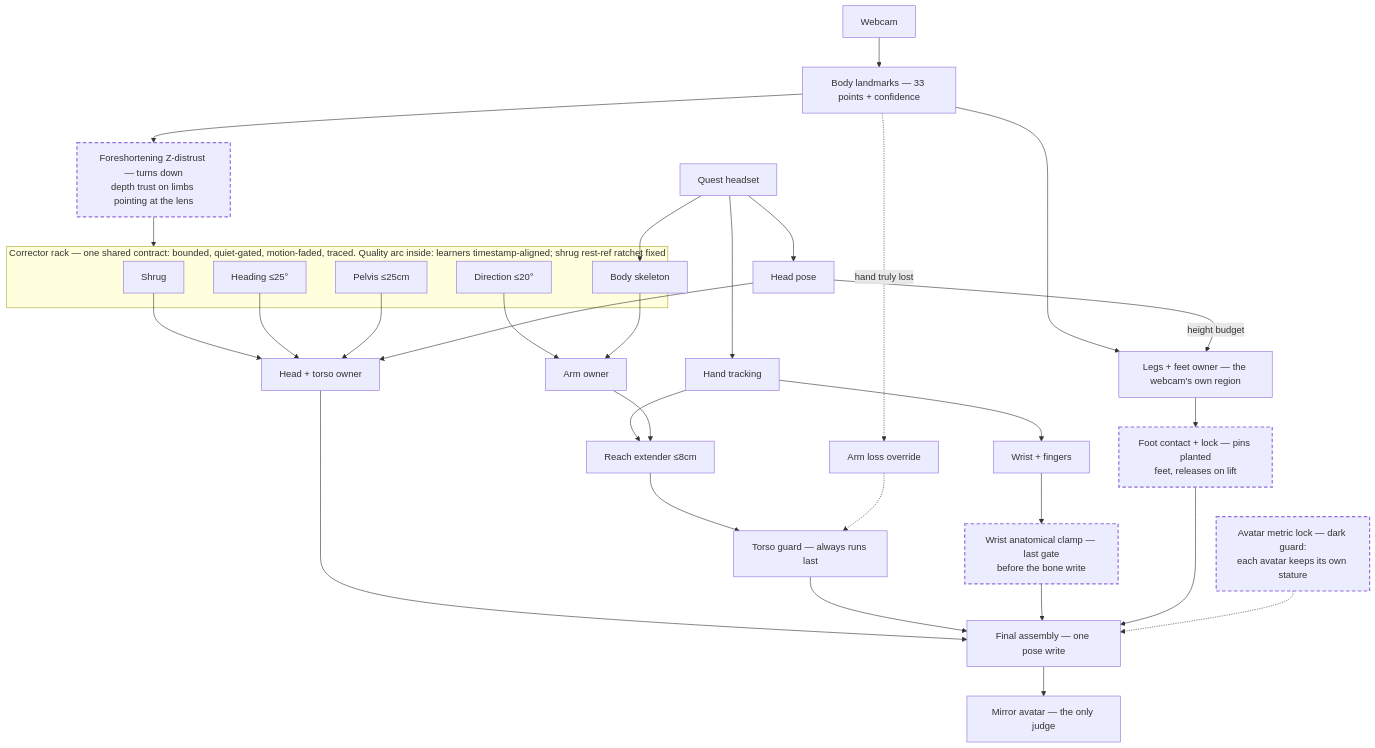
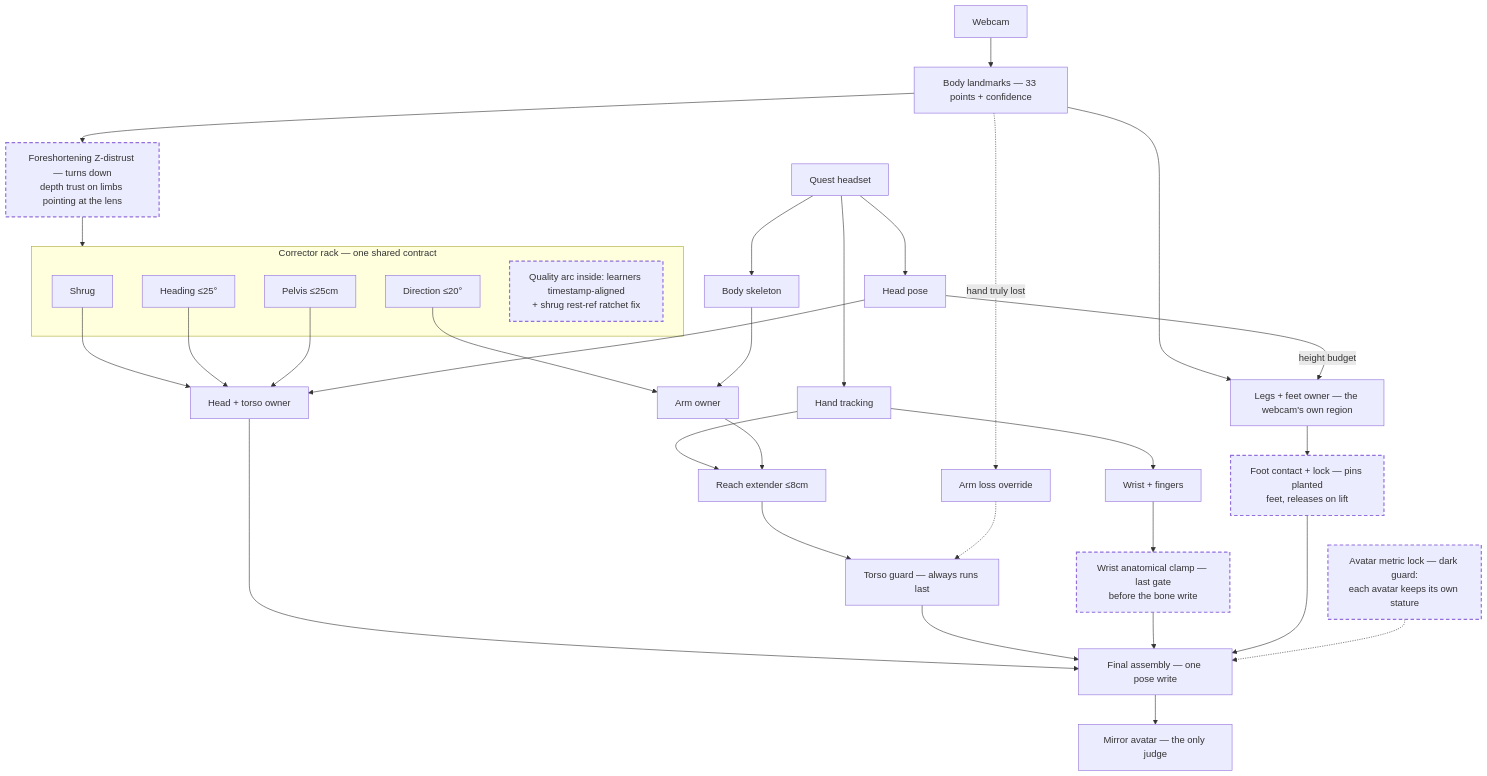
The diagram in README.md (adfras/MPQ_fusion), drawn with Mermaid before and after one commit.

Commit message:
README Mermaid: shorten rack title, quality note as in-rack box
The long subgraph title overlapped/stretched the rack; the timestamp-
alignment and shrug-fix notes now live in a dashed box inside the rack.
Layout verified against a rendered image.

````diff
--- a/README.md
+++ b/README.md
@@ -52,48 +52,49 @@
 ```mermaid
 flowchart TB
     W["Webcam"] --> L["Body landmarks — 33 points + confidence"]
     Q["Quest headset"] --> H["Head pose"]
     Q --> HT["Hand tracking"]
     Q --> SK["Body skeleton"]
 
     L --> ZD["Foreshortening Z-distrust — turns down<br/>depth trust on limbs pointing at the lens"]
     ZD --> RACK
 
-    subgraph RACK["Corrector rack — one shared contract: bounded, quiet-gated, motion-faded, traced. Quality arc inside: learners timestamp-aligned; shrug rest-ref ratchet fixed"]
+    subgraph RACK["Corrector rack — one shared contract"]
         SH["Shrug"]
         HD["Heading ≤25°"]
         PV["Pelvis ≤25cm"]
         DIR["Direction ≤20°"]
+        QN["Quality arc inside: learners timestamp-aligned<br/>+ shrug rest-ref ratchet fix"]
     end
 
     SH --> TO["Head + torso owner"]
     HD --> TO
     PV --> TO
     DIR --> AR["Arm owner"]
     H --> TO
     SK --> AR
 
     HT --> WR["Wrist + fingers"]
     HT --> RX["Reach extender ≤8cm"]
     AR --> RX
     RX --> G["Torso guard — always runs last"]
 
     L --> LEG["Legs + feet owner — the webcam's own region"]
     H -->|"height budget"| LEG
     LEG --> FL["Foot contact + lock — pins planted<br/>feet, releases on lift"]
 
     L -.->|"hand truly lost"| OV["Arm loss override"]
     OV -.-> G
 
     WR --> WC["Wrist anatomical clamp — last gate<br/>before the bone write"]
 
     TO --> FA["Final assembly — one pose write"]
     G --> FA
     WC --> FA
     FL --> FA
     ML["Avatar metric lock — dark guard:<br/>each avatar keeps its own stature"] -.-> FA
     FA --> M["Mirror avatar — the only judge"]
 
     classDef qa stroke-dasharray:6 4,stroke-width:2px;
-    class ZD,WC,FL,ML qa;
+    class ZD,WC,FL,ML,QN qa;
 ```
````
